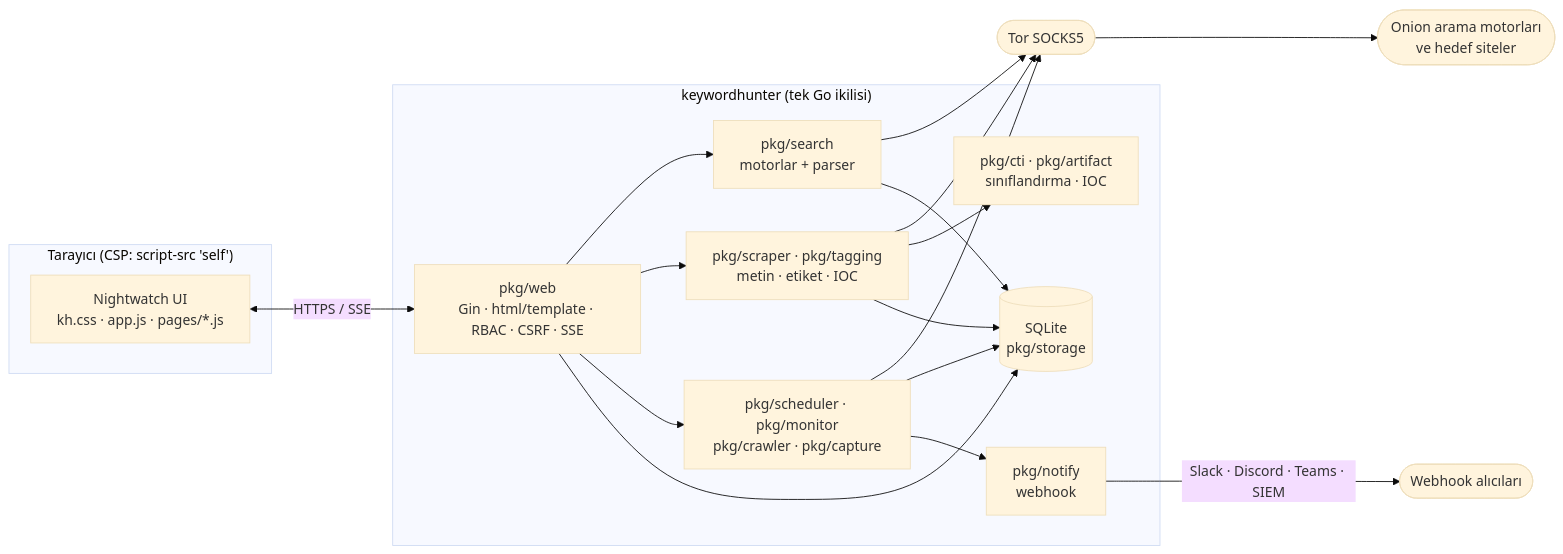
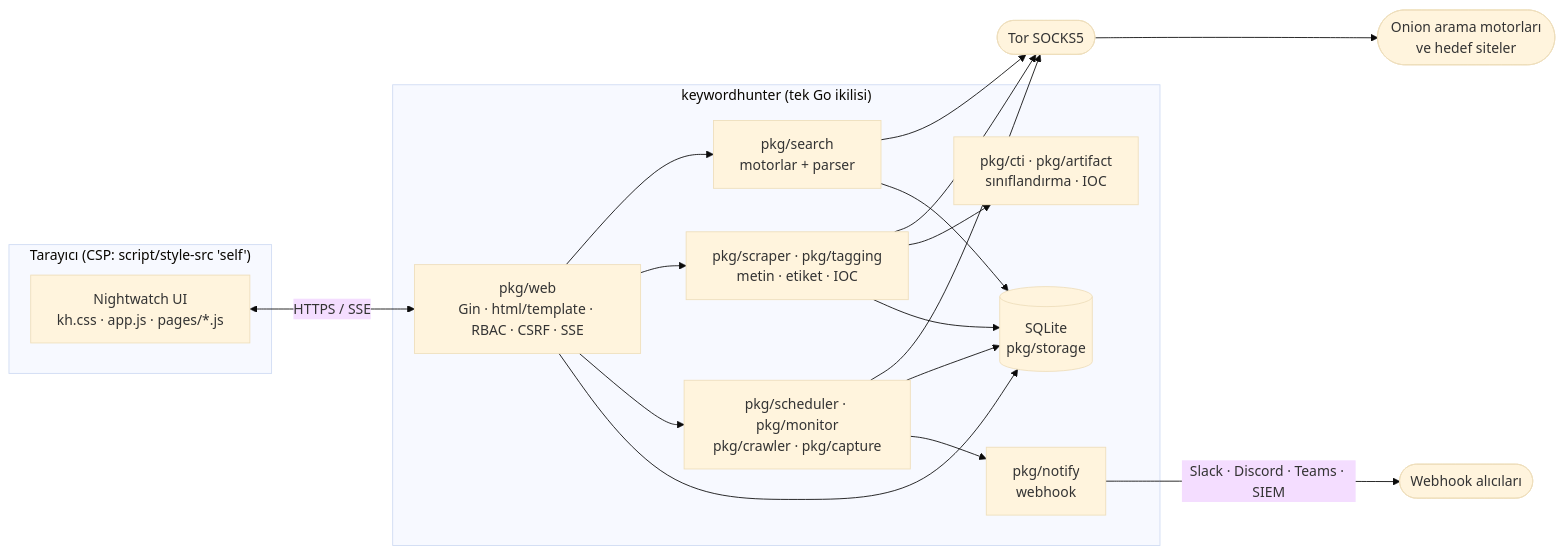
One commit to mehmetyasinuzun/Keyword-Hunter changed the diagram in README.md. Above: the diagram before and after it, drawn with Mermaid (base theme). The commit also changed other lines of this file and 14 other files, not shown here.

First line of the commit message:
security(csp): style-src 'unsafe-inline' kaldırıldı

````diff
--- a/README.md
+++ b/README.md
@@ -170,22 +170,22 @@
 ```mermaid
 flowchart LR
-    subgraph Browser["Tarayıcı (CSP: script-src 'self')"]
+    subgraph Browser["Tarayıcı (CSP: script/style-src 'self')"]
       UI["Nightwatch UI<br/>kh.css · app.js · pages/*.js"]
     end
     subgraph Binary["keywordhunter (tek Go ikilisi)"]
       WEB["pkg/web<br/>Gin · html/template · RBAC · CSRF · SSE"]
       SRCH["pkg/search<br/>motorlar + parser"]
       SCR["pkg/scraper · pkg/tagging<br/>metin · etiket · IOC"]
       CTI["pkg/cti · pkg/artifact<br/>sınıflandırma · IOC"]
       BG["pkg/scheduler · pkg/monitor<br/>pkg/crawler · pkg/capture"]
       NTF["pkg/notify<br/>webhook"]
       DB[("SQLite<br/>pkg/storage")]
     end
     TOR(["Tor SOCKS5"]) --> ONION(["Onion arama motorları<br/>ve hedef siteler"])
     UI <-->|"HTTPS / SSE"| WEB
     WEB --> SRCH & SCR & BG
     SRCH & SCR & BG --> TOR
     SCR --> CTI
     WEB & SRCH & SCR & BG --> DB
     BG --> NTF -->|"Slack · Discord · Teams · SIEM"| EXT(["Webhook alıcıları"])
 ```
````
